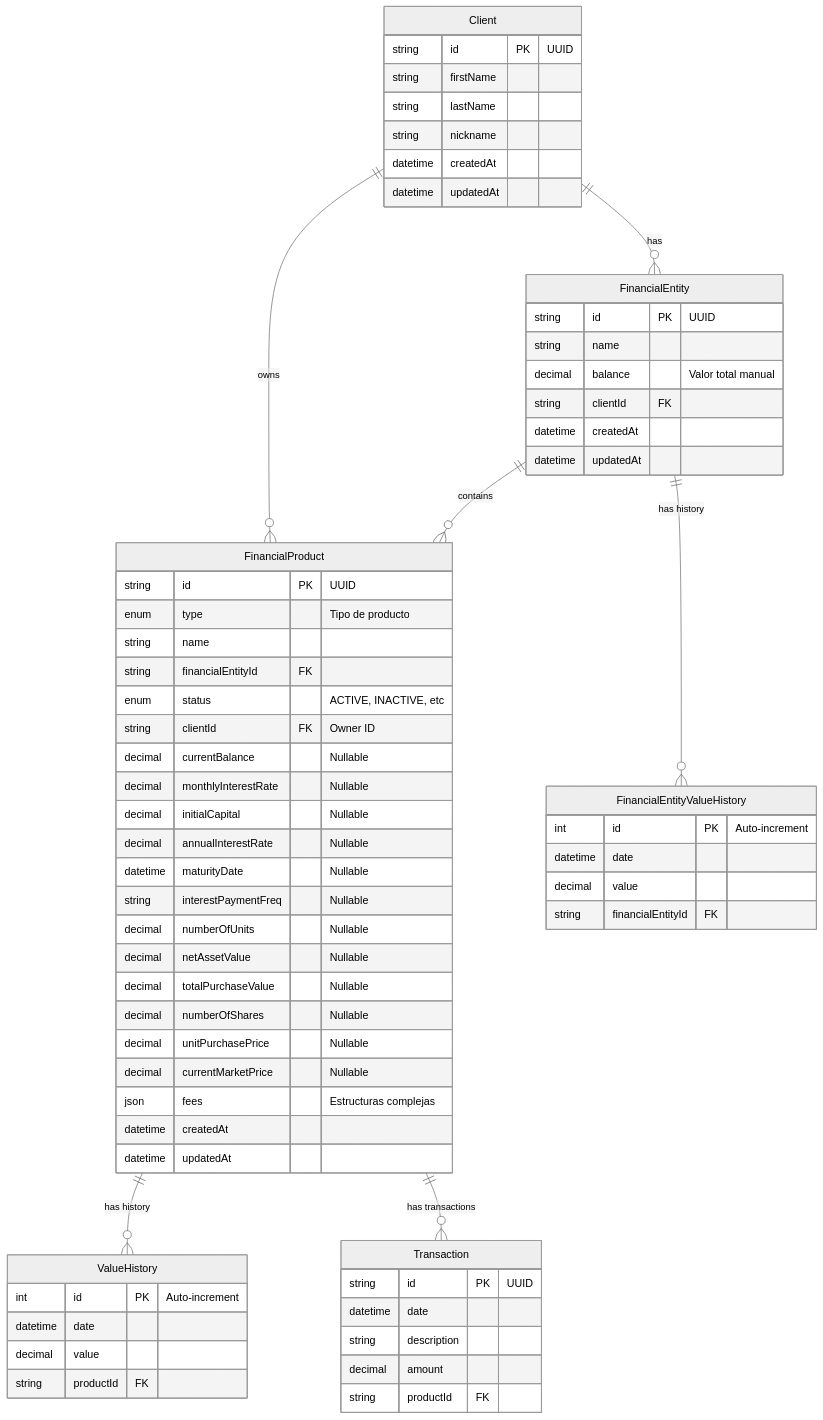
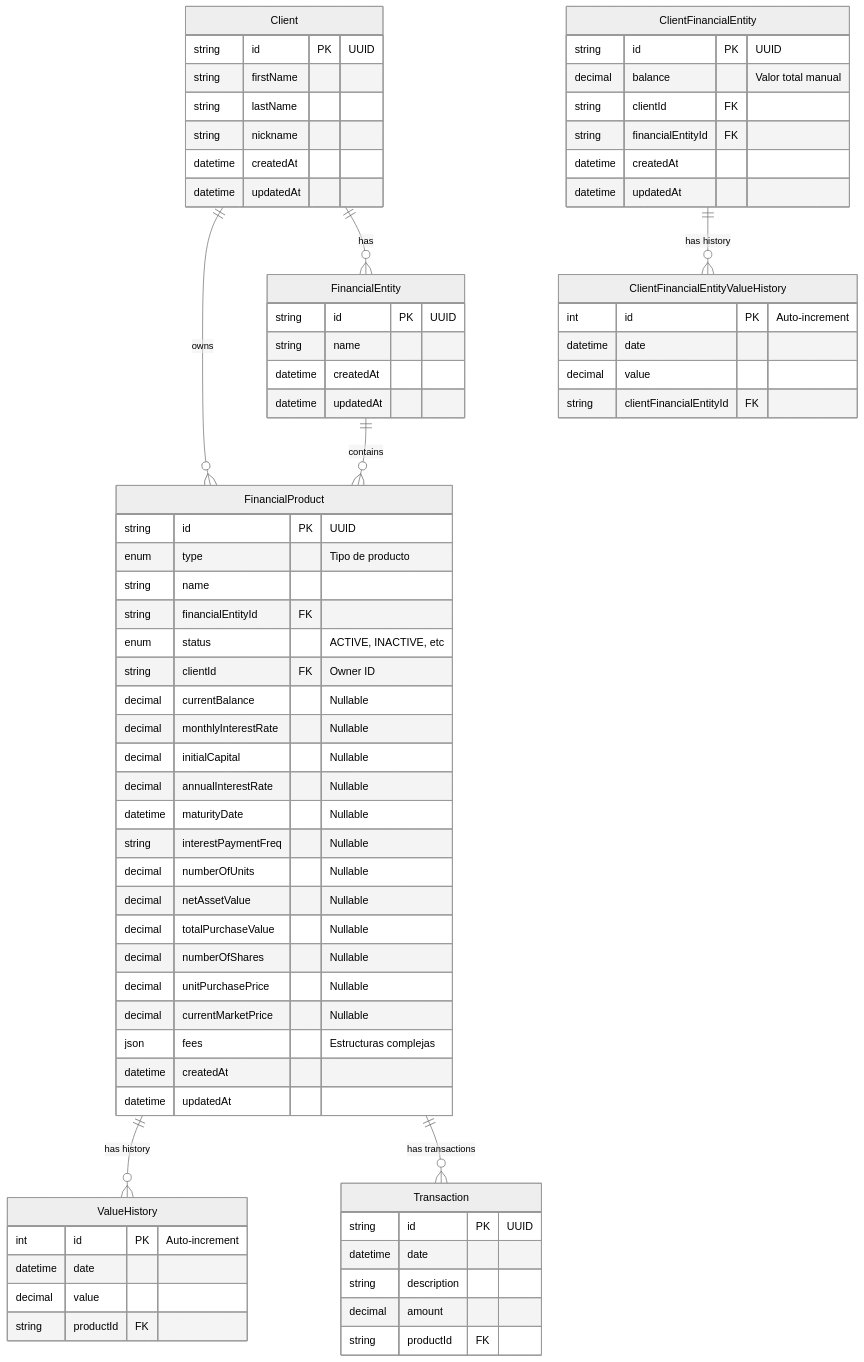
Before and after one commit to pabordonez/myfintonic: the diagram in docs/001-database_design.md, drawn with Mermaid (neutral theme). The commit also changed other lines of this file and 22 other files, not shown here.

Commit message:
Refactor add clientFinancialEntity

````diff
--- a/docs/001-database_design.md
+++ b/docs/001-database_design.md
@@ -9,73 +9,80 @@
 ```mermaid
 erDiagram
     Client ||--o{ FinancialProduct : "owns"
     Client ||--o{ FinancialEntity : "has"
     FinancialEntity ||--o{ FinancialProduct : "contains"
-    FinancialEntity ||--o{ FinancialEntityValueHistory : "has history"
+    ClientFinancialEntity ||--o{ ClientFinancialEntityValueHistory : "has history"
     FinancialProduct ||--o{ ValueHistory : "has history"
     FinancialProduct ||--o{ Transaction : "has transactions"
 
     Client {
         string id PK "UUID"
         string firstName
         string lastName
         string nickname
         datetime createdAt
         datetime updatedAt
     }
 
     FinancialEntity {
         string id PK "UUID"
         string name
+        datetime createdAt
+        datetime updatedAt
+    }
+
+    ClientFinancialEntity {
+        string id PK "UUID"
         decimal balance "Valor total manual"
         string clientId FK
+        string financialEntityId FK
         datetime createdAt
         datetime updatedAt
     }
 
     FinancialProduct {
         string id PK "UUID"
         enum type "Tipo de producto"
         string name
         string financialEntityId FK
         enum status "ACTIVE, INACTIVE, etc"
         string clientId FK "Owner ID"
         decimal currentBalance "Nullable"
         decimal monthlyInterestRate "Nullable"
         decimal initialCapital "Nullable"
         decimal annualInterestRate "Nullable"
         datetime maturityDate "Nullable"
         string interestPaymentFreq "Nullable"
         decimal numberOfUnits "Nullable"
         decimal netAssetValue "Nullable"
         decimal totalPurchaseValue "Nullable"
         decimal numberOfShares "Nullable"
         decimal unitPurchasePrice "Nullable"
         decimal currentMarketPrice "Nullable"
         json fees "Estructuras complejas"
         datetime createdAt
         datetime updatedAt
     }
 
     ValueHistory {
         int id PK "Auto-increment"
         datetime date
         decimal value
         string productId FK
     }
 
-    FinancialEntityValueHistory {
+    ClientFinancialEntityValueHistory {
         int id PK "Auto-increment"
         datetime date
         decimal value
-        string financialEntityId FK
+        string clientFinancialEntityId FK
     }
 
     Transaction {
         string id PK "UUID"
         datetime date
         string description
         decimal amount
         string productId FK
     }
 ```
````
